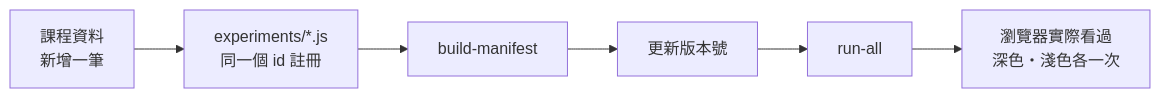
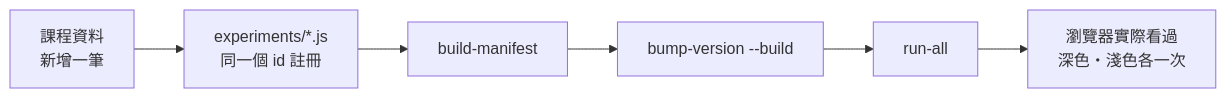
Before and after one commit to Yu-0312/senior-science: the eighth of 9 diagrams in README.md, drawn with Mermaid. The commit also changed other lines of this file and 11 other files, not shown here.

Commit message:
工具與文件：bump-version、shell-check（外殼的瀏覽器實測）、CI 改用 Node 22、README 截圖與數字更新

````diff
--- a/README.md
+++ b/README.md
@@ -516,8 +528,8 @@
 ```mermaid
 flowchart LR
     A["課程資料<br/>新增一筆"] --> B["experiments/*.js<br/>同一個 id 註冊"]
     B --> C["build-manifest"]
-    C --> D["更新版本號"]
+    C --> D["bump-version --build"]
     D --> E["run-all"]
     E --> F["瀏覽器實際看過<br/>深色・淺色各一次"]
 ```
````
